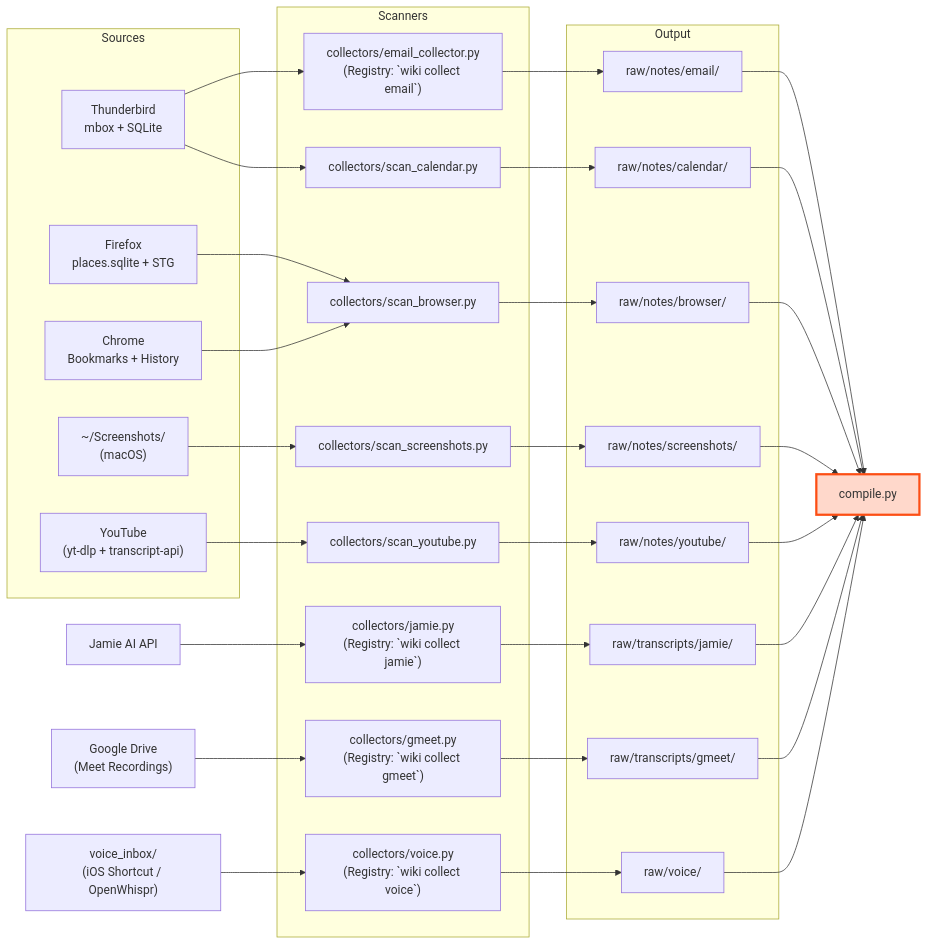
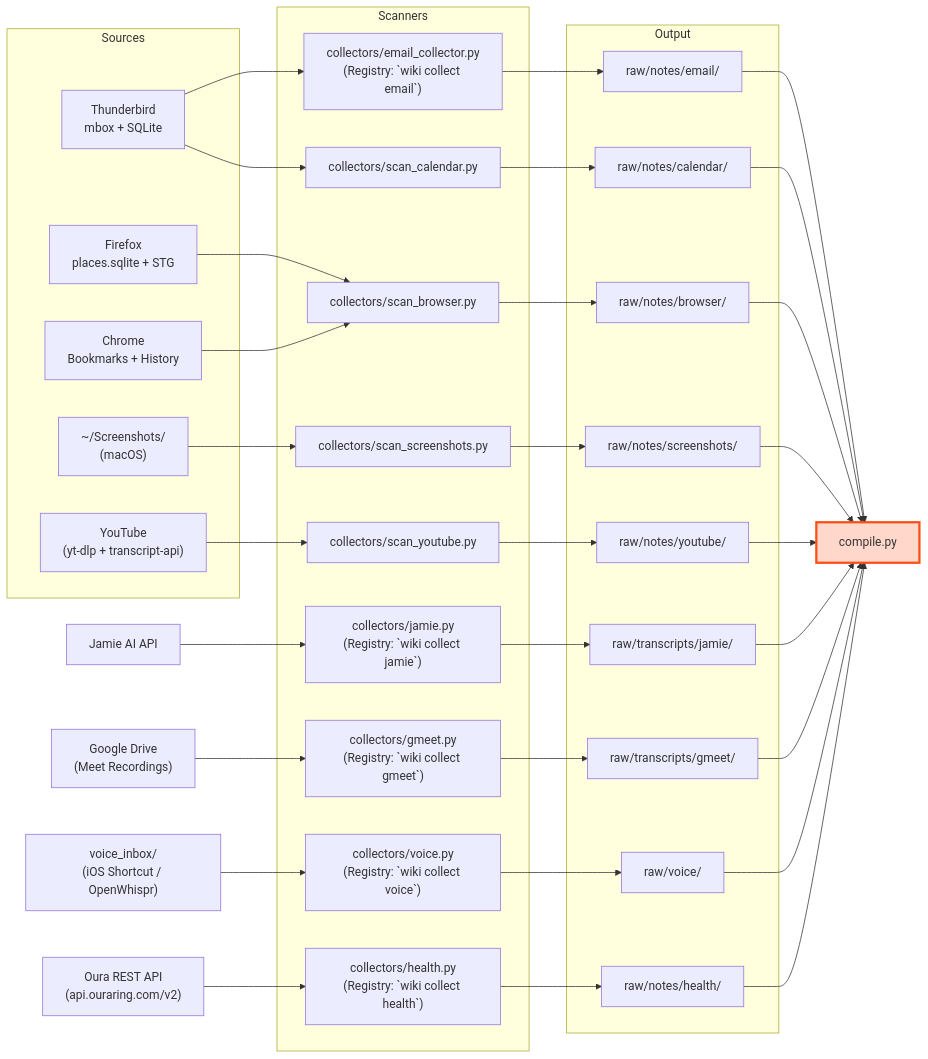
The fourth of 10 diagrams in docs/PROCESS.md (lx-0/llm-wiki), drawn with Mermaid before and after one commit. The commit also changed other lines of this file and 4 other files, not shown here.

First line of the commit message:
docs: surface health collector in PROCESS.md + both excalidraw diagrams

````diff
--- a/docs/PROCESS.md
+++ b/docs/PROCESS.md
@@ -315,53 +315,57 @@
 ```mermaid
 flowchart LR
     subgraph Sources
         TB["Thunderbird\nmbox + SQLite"]
         FF["Firefox\nplaces.sqlite + STG"]
         CH["Chrome\nBookmarks + History"]
         SS["~/Screenshots/\n(macOS)"]
         YT["YouTube\n(yt-dlp + transcript-api)"]
     end
 
     subgraph Scanners
         SE["collectors/email_collector.py\n(Registry: `wiki collect email`)"]
         SJ["collectors/jamie.py\n(Registry: `wiki collect jamie`)"]
         SG["collectors/gmeet.py\n(Registry: `wiki collect gmeet`)"]
         SV["collectors/voice.py\n(Registry: `wiki collect voice`)"]
+        SH["collectors/health.py\n(Registry: `wiki collect health`)"]
         SC["collectors/scan_calendar.py"]
         SB["collectors/scan_browser.py"]
         SCR["collectors/scan_screenshots.py"]
         SY["collectors/scan_youtube.py"]
     end
 
     subgraph Output
         RE["raw/notes/email/"]
         RJ["raw/transcripts/jamie/"]
         RG["raw/transcripts/gmeet/"]
         RV["raw/voice/"]
+        RH["raw/notes/health/"]
         RC["raw/notes/calendar/"]
         RB["raw/notes/browser/"]
         RS["raw/notes/screenshots/"]
         RY["raw/notes/youtube/"]
     end
 
     TB --> SE --> RE
     JA["Jamie AI API"] --> SJ --> RJ
     DR["Google Drive\n(Meet Recordings)"] --> SG --> RG
     VI["voice_inbox/\n(iOS Shortcut / OpenWhispr)"] --> SV --> RV
+    OU["Oura REST API\n(api.ouraring.com/v2)"] --> SH --> RH
     TB --> SC --> RC
     FF --> SB --> RB
     CH --> SB
     SS --> SCR --> RS
     YT --> SY --> RY
 
     RE --> COMPILE["compile.py"]
     RJ --> COMPILE
     RG --> COMPILE
     RV --> COMPILE
+    RH --> COMPILE
     RC --> COMPILE
     RB --> COMPILE
     RS --> COMPILE
     RY --> COMPILE
 
     style COMPILE fill:#FFD8CB,stroke:#FC4E14,stroke-width:3px
 ```
````
